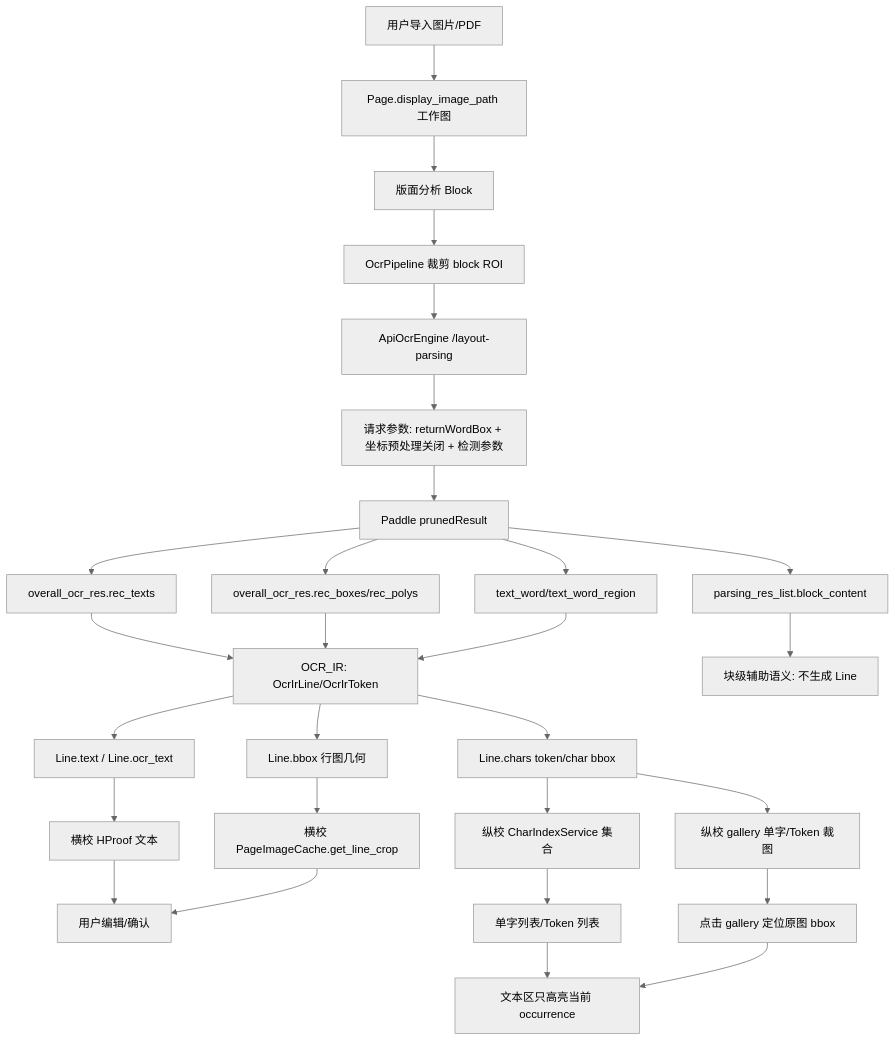
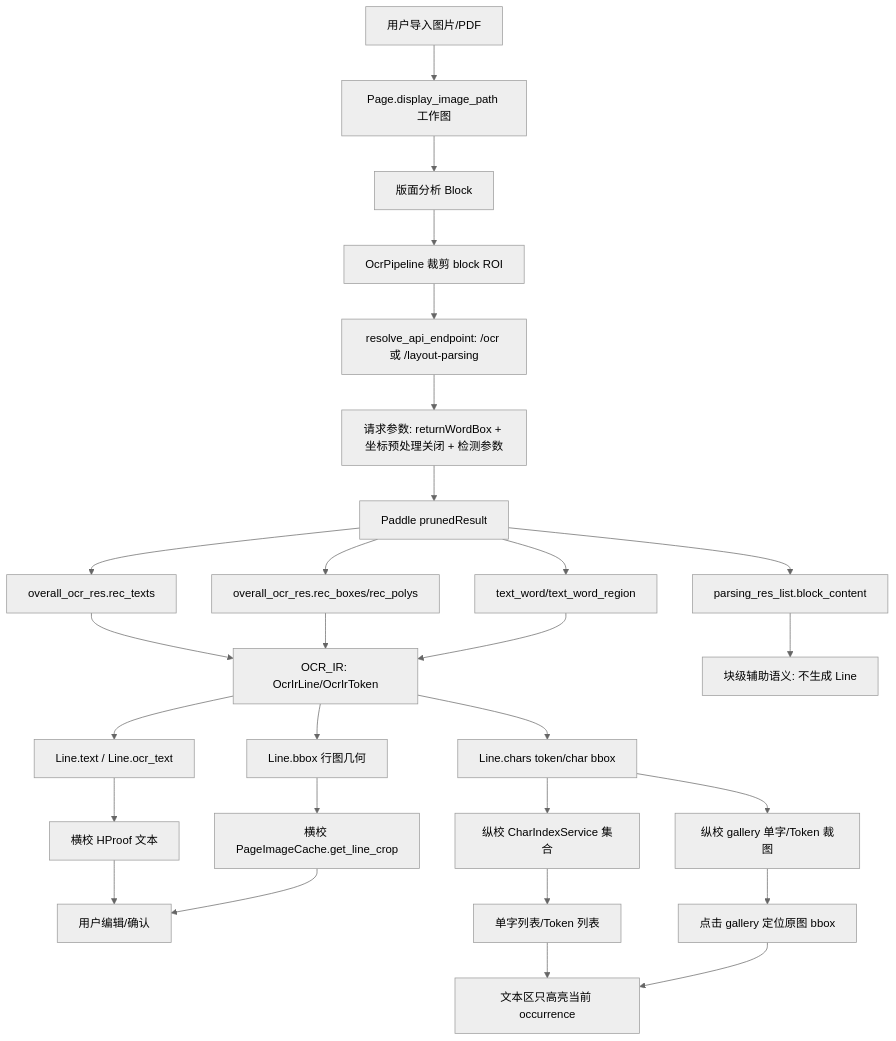
Before and after one commit to zhanghuai-z/ocr_process_review: the diagram in ocr-logic-chain.md, drawn with Mermaid (neutral theme). The commit also changed other lines of this file and 5 other files, not shown here.

Commit message:
Rethink API OCR coordinates and profiles

````diff
--- a/ocr-logic-chain.md
+++ b/ocr-logic-chain.md
@@ -86,34 +109,34 @@
 ```mermaid
 flowchart TD
     A[用户导入图片/PDF] --> B[Page.display_image_path 工作图]
     B --> C[版面分析 Block]
     C --> D[OcrPipeline 裁剪 block ROI]
-    D --> E[ApiOcrEngine /layout-parsing]
+    D --> E[resolve_api_endpoint: /ocr 或 /layout-parsing]
     E --> F[请求参数: returnWordBox + 坐标预处理关闭 + 检测参数]
     F --> G[Paddle prunedResult]
 
     G --> H1[overall_ocr_res.rec_texts]
     G --> H2[overall_ocr_res.rec_boxes/rec_polys]
     G --> H3[text_word/text_word_region]
     G --> H4[parsing_res_list.block_content]
 
     H1 --> IR[OCR_IR: OcrIrLine/OcrIrToken]
     H2 --> IR
     H3 --> IR
     IR --> I[Line.text / Line.ocr_text]
     IR --> J[Line.bbox 行图几何]
     IR --> K[Line.chars token/char bbox]
     H4 --> L[块级辅助语义: 不生成 Line]
 
     I --> M[横校 HProof 文本]
     J --> N[横校 PageImageCache.get_line_crop]
     K --> O[纵校 CharIndexService 集合]
     K --> P[纵校 gallery 单字/Token 裁图]
 
     M --> Q[用户编辑/确认]
     N --> Q
     O --> R[单字列表/Token 列表]
     P --> S[点击 gallery 定位原图 bbox]
     R --> T[文本区只高亮当前 occurrence]
     S --> T
 ```
````
